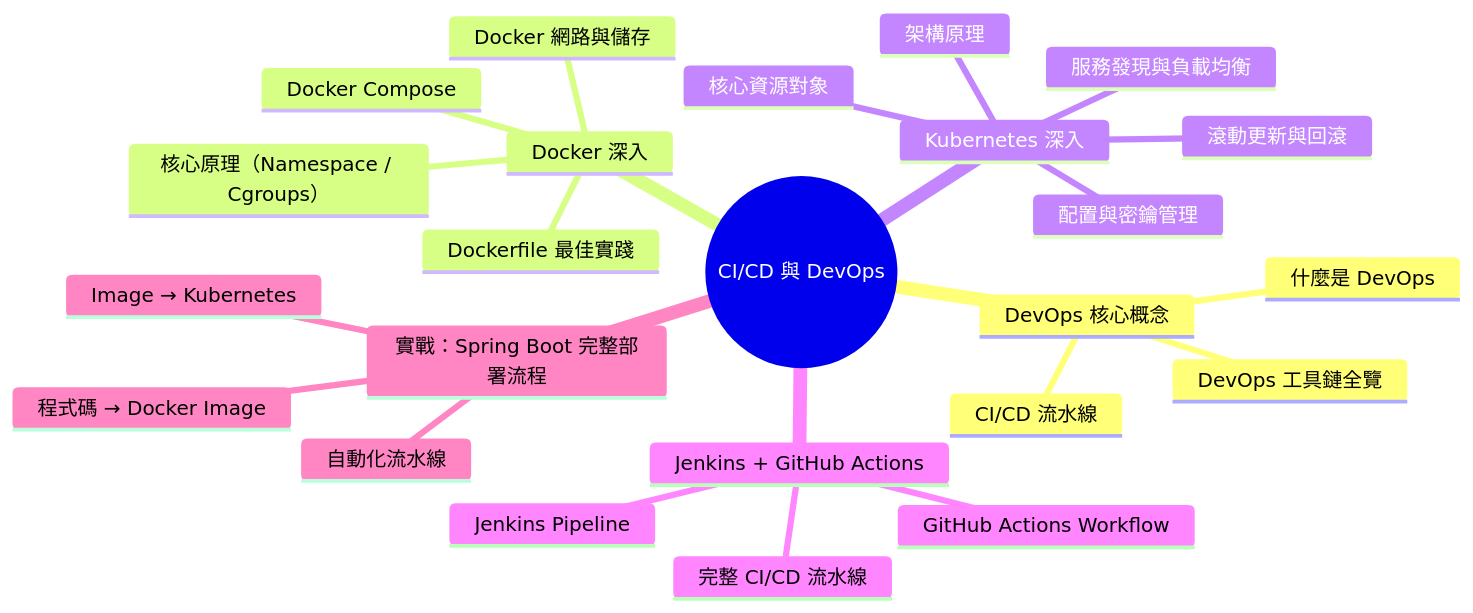
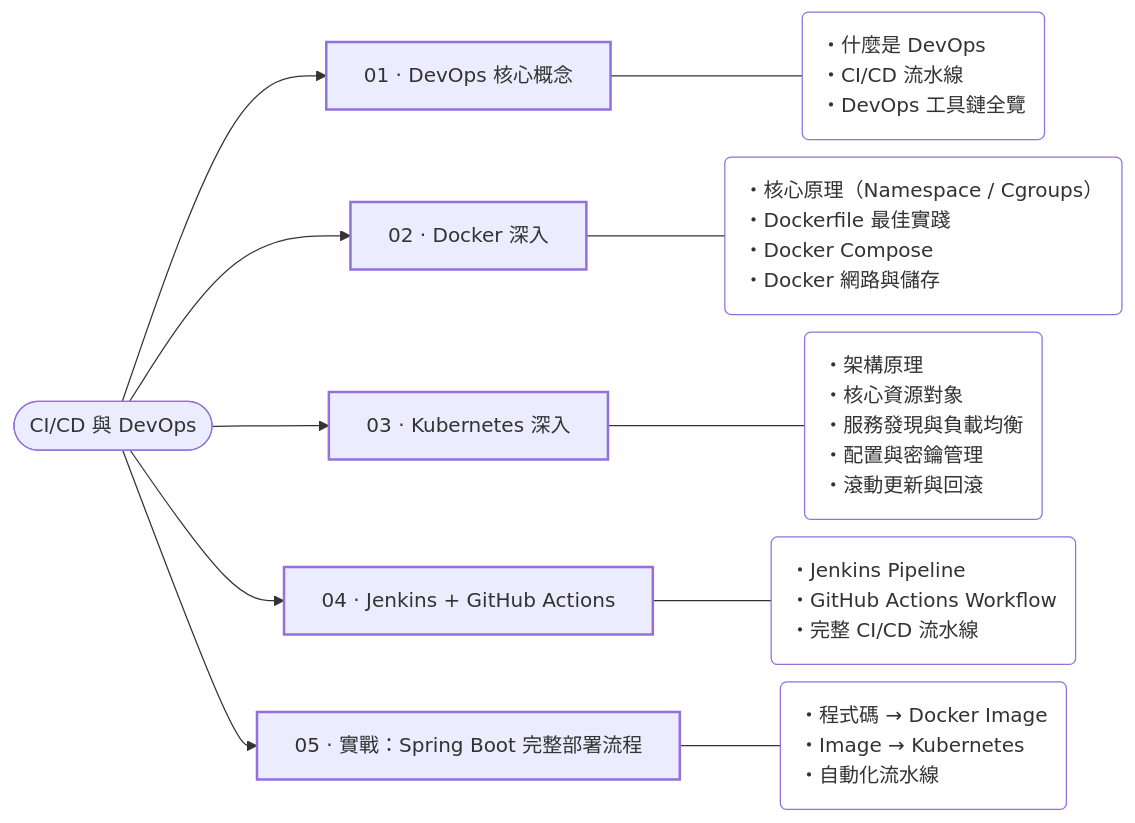
One commit to AnthonyFuFu/StudyNotes changed the diagram in docs/engineering/cicd/index.md. Above: the diagram before and after it, drawn with Mermaid. The commit also changed 43 other files, not shown here.

````diff
--- a/docs/engineering/cicd/index.md
+++ b/docs/engineering/cicd/index.md
@@ -13,27 +13,29 @@
 ``` mermaid
-mindmap
-  root((CI/CD 與 DevOps))
-    DevOps 核心概念
-      什麼是 DevOps
-      CI/CD 流水線
-      DevOps 工具鏈全覽
-    Docker 深入
-      核心原理（Namespace / Cgroups）
-      Dockerfile 最佳實踐
-      Docker Compose
-      Docker 網路與儲存
-    Kubernetes 深入
-      架構原理
-      核心資源對象
-      服務發現與負載均衡
-      配置與密鑰管理
-      滾動更新與回滾
-    Jenkins + GitHub Actions
-      Jenkins Pipeline
-      GitHub Actions Workflow
-      完整 CI/CD 流水線
-    實戰：Spring Boot 完整部署流程
-      程式碼 → Docker Image
-      Image → Kubernetes
-      自動化流水線
+%%{init: {"flowchart": {"nodeSpacing": 14, "rankSpacing": 36, "wrappingWidth": 420}}}%%
+flowchart LR
+    R(["CI/CD 與 DevOps"])
+    c0["01 · DevOps 核心概念"]
+    R --> c0
+    p0("・什麼是 DevOps<br>・CI/CD 流水線<br>・DevOps 工具鏈全覽")
+    c0 --- p0
+    c1["02 · Docker 深入"]
+    R --> c1
+    p1("・核心原理（Namespace / Cgroups）<br>・Dockerfile 最佳實踐<br>・Docker Compose<br>・Docker 網路與儲存")
+    c1 --- p1
+    c2["03 · Kubernetes 深入"]
+    R --> c2
+    p2("・架構原理<br>・核心資源對象<br>・服務發現與負載均衡<br>・配置與密鑰管理<br>・滾動更新與回滾")
+    c2 --- p2
+    c3["04 · Jenkins + GitHub Actions"]
+    R --> c3
+    p3("・Jenkins Pipeline<br>・GitHub Actions Workflow<br>・完整 CI/CD 流水線")
+    c3 --- p3
+    c4["05 · 實戰：Spring Boot 完整部署流程"]
+    R --> c4
+    p4("・程式碼 → Docker Image<br>・Image → Kubernetes<br>・自動化流水線")
+    c4 --- p4
+    classDef chapter stroke-width:2px
+    classDef points fill:transparent,text-align:left
+    class c0,c1,c2,c3,c4 chapter
+    class p0,p1,p2,p3,p4 points
 ```
````
